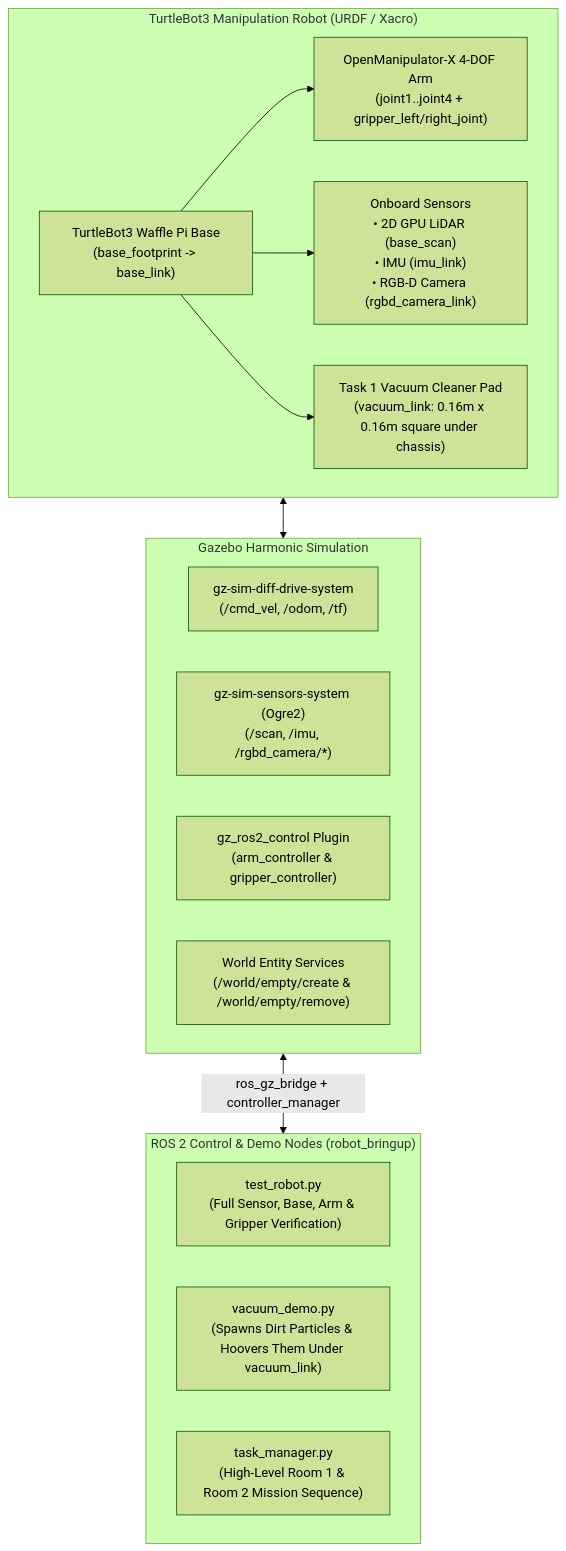
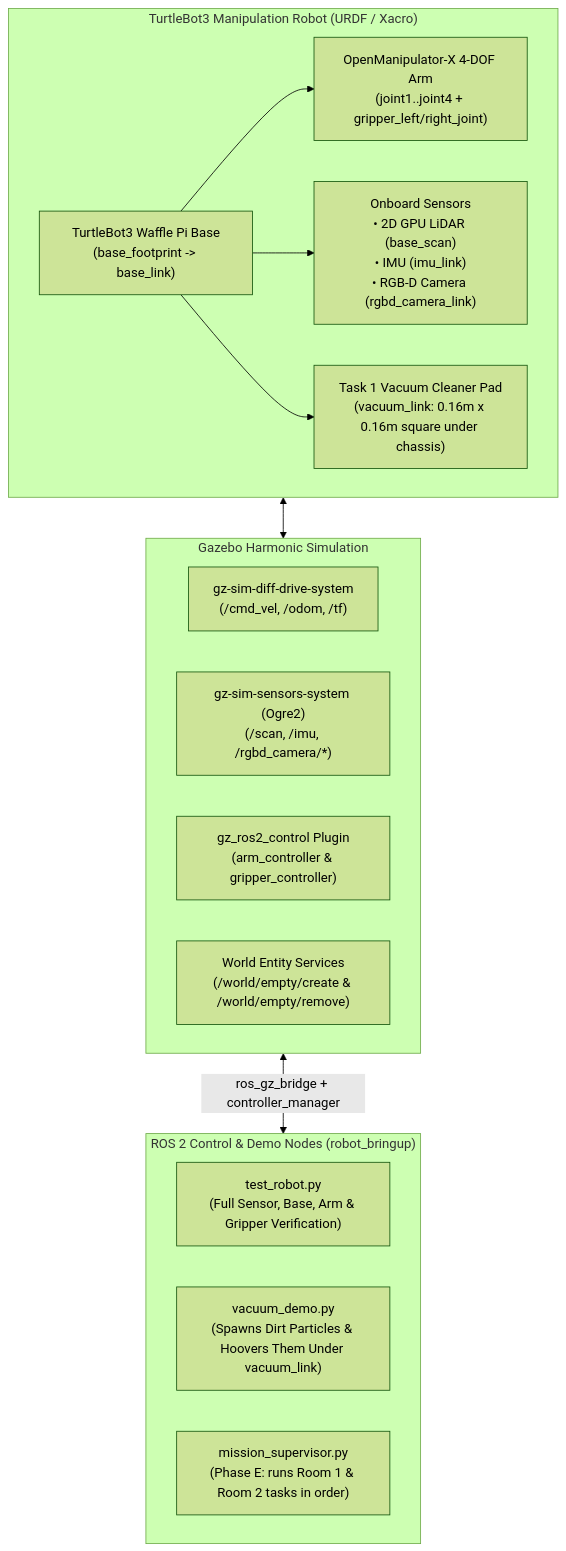
The diagram in README.md (ChrisDev18/intelligent-robotics-project), drawn with Mermaid (forest theme) before and after one commit. The commit also changed other lines of this file and 9 other files, not shown here.

Commit message:
Phase E mission + fixes: room goal frame, grey clean patch, fresh hoover pose; remove old task_manager

````diff
--- a/README.md
+++ b/README.md
@@ -102,28 +101,28 @@
 ```mermaid
 flowchart TB
     subgraph Robot["TurtleBot3 Manipulation Robot (URDF / Xacro)"]
         Base["TurtleBot3 Waffle Pi Base\n(base_footprint -> base_link)"]
         Arm["OpenManipulator-X 4-DOF Arm\n(joint1..joint4 + gripper_left/right_joint)"]
         Sensors["Onboard Sensors\n• 2D GPU LiDAR (base_scan)\n• IMU (imu_link)\n• RGB-D Camera (rgbd_camera_link)"]
         Vacuum["Task 1 Vacuum Cleaner Pad\n(vacuum_link: 0.16m x 0.16m square under chassis)"]
         Base --> Arm
         Base --> Sensors
         Base --> Vacuum
     end
 
     subgraph Gazebo["Gazebo Harmonic Simulation"]
         DiffDrive["gz-sim-diff-drive-system\n(/cmd_vel, /odom, /tf)"]
         GzSensors["gz-sim-sensors-system (Ogre2)\n(/scan, /imu, /rgbd_camera/*)"]
         GzControl["gz_ros2_control Plugin\n(arm_controller & gripper_controller)"]
         WorldSrv["World Entity Services\n(/world/empty/create & /world/empty/remove)"]
     end
 
     subgraph Nodes["ROS 2 Control & Demo Nodes (robot_bringup)"]
         TestNode["test_robot.py\n(Full Sensor, Base, Arm & Gripper Verification)"]
         VacDemo["vacuum_demo.py\n(Spawns Dirt Particles & Hoovers Them Under vacuum_link)"]
-        TaskMgr["task_manager.py\n(High-Level Room 1 & Room 2 Mission Sequence)"]
+        Mission["mission_supervisor.py\n(Phase E: runs Room 1 & Room 2 tasks in order)"]
     end
 
     Robot <--> Gazebo
     Gazebo <-->|ros_gz_bridge + controller_manager| Nodes
 ```
````
